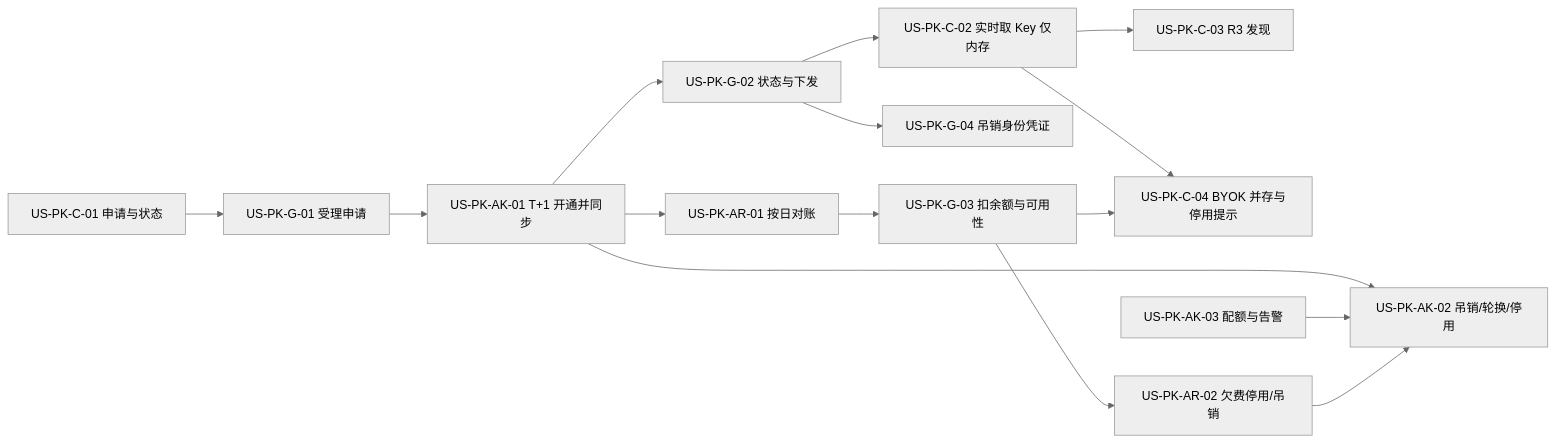
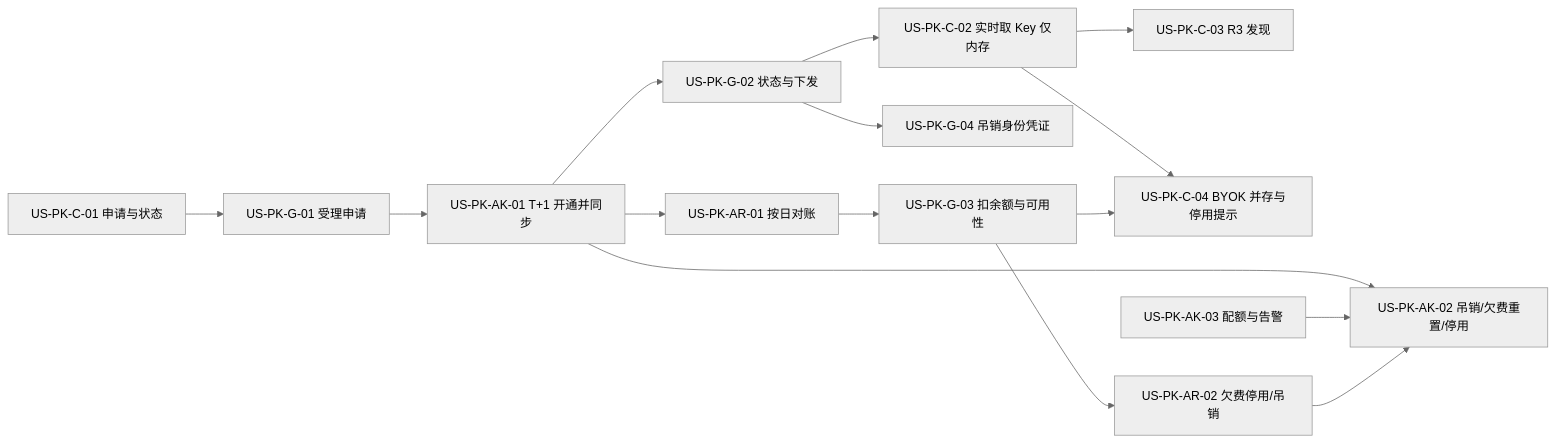
One commit to Pedro-MAFS/ftcs changed the second of 2 diagrams in docs/30-需求-Places官方通道按用户下发APIKey.md. Above: the diagram before and after it, drawn with Mermaid (neutral theme). The commit also changed other lines of this file, not shown here.

````diff
--- a/docs/30-需求-Places官方通道按用户下发APIKey.md
+++ b/docs/30-需求-Places官方通道按用户下发APIKey.md
@@ -385,17 +385,17 @@
 ```mermaid
 flowchart LR
   G01[US-PK-G-01 受理申请] --> AK01[US-PK-AK-01 T+1 开通并同步]
   C01[US-PK-C-01 申请与状态] --> G01
   AK01 --> G02[US-PK-G-02 状态与下发]
   G02 --> C02[US-PK-C-02 实时取 Key 仅内存]
   G02 --> G04[US-PK-G-04 吊销身份凭证]
   C02 --> C03[US-PK-C-03 R3 发现]
   C02 --> C04[US-PK-C-04 BYOK 并存与停用提示]
-  AK01 --> AK02[US-PK-AK-02 吊销/轮换/停用]
+  AK01 --> AK02[US-PK-AK-02 吊销/欠费重置/停用]
   AK03[US-PK-AK-03 配额与告警] --> AK02
   AK01 --> AR01[US-PK-AR-01 按日对账]
   AR01 --> G03[US-PK-G-03 扣余额与可用性]
   G03 --> AR02[US-PK-AR-02 欠费停用/吊销]
   AR02 --> AK02
   G03 --> C04
 ```
````
